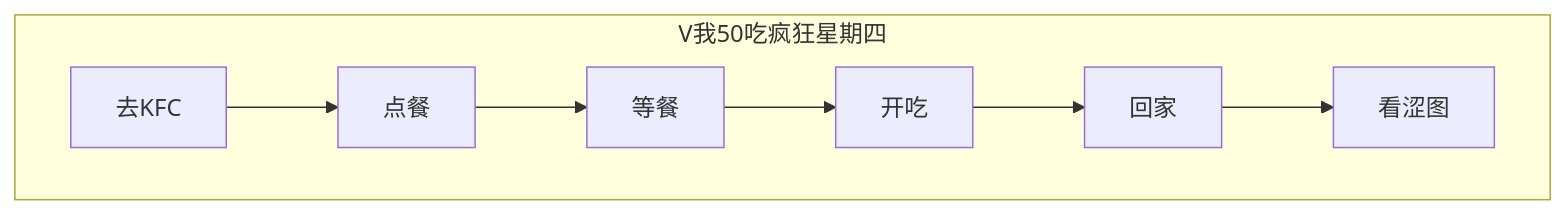
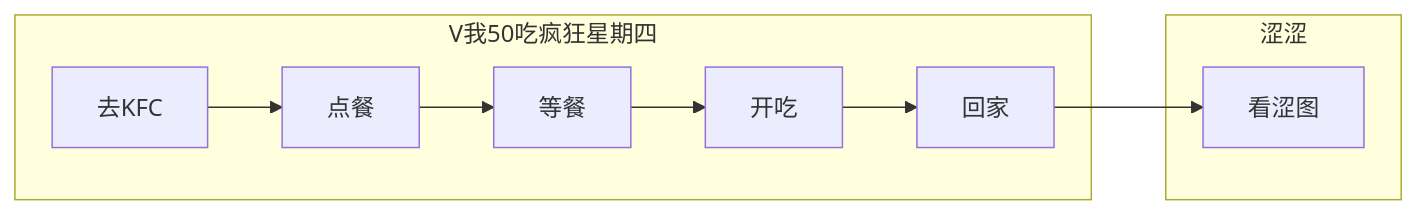
One commit to GraiaCommunity/Docs changed the first of 2 diagrams in docs/guide/image_from_internet.md. Above: the diagram before and after it, drawn with Mermaid. The commit also changed other lines of this file, not shown here.

Commit message:
Optimize flowchart

````diff
--- a/docs/guide/image_from_internet.md
+++ b/docs/guide/image_from_internet.md
@@ -105,6 +105,10 @@
 ```mermaid
-flowchart TB
+flowchart LR
   subgraph V我50吃疯狂星期四
-    A[去KFC]-->B[点餐]--> C[等餐] --> D[开吃] --> E[回家] --> F[看涩图]
+    A[去KFC]-->B[点餐]--> C[等餐] --> D[开吃] --> E[回家]
   end
+  subgraph 涩涩
+    F[看涩图]
+  end
+  E --> F
 ```
````
